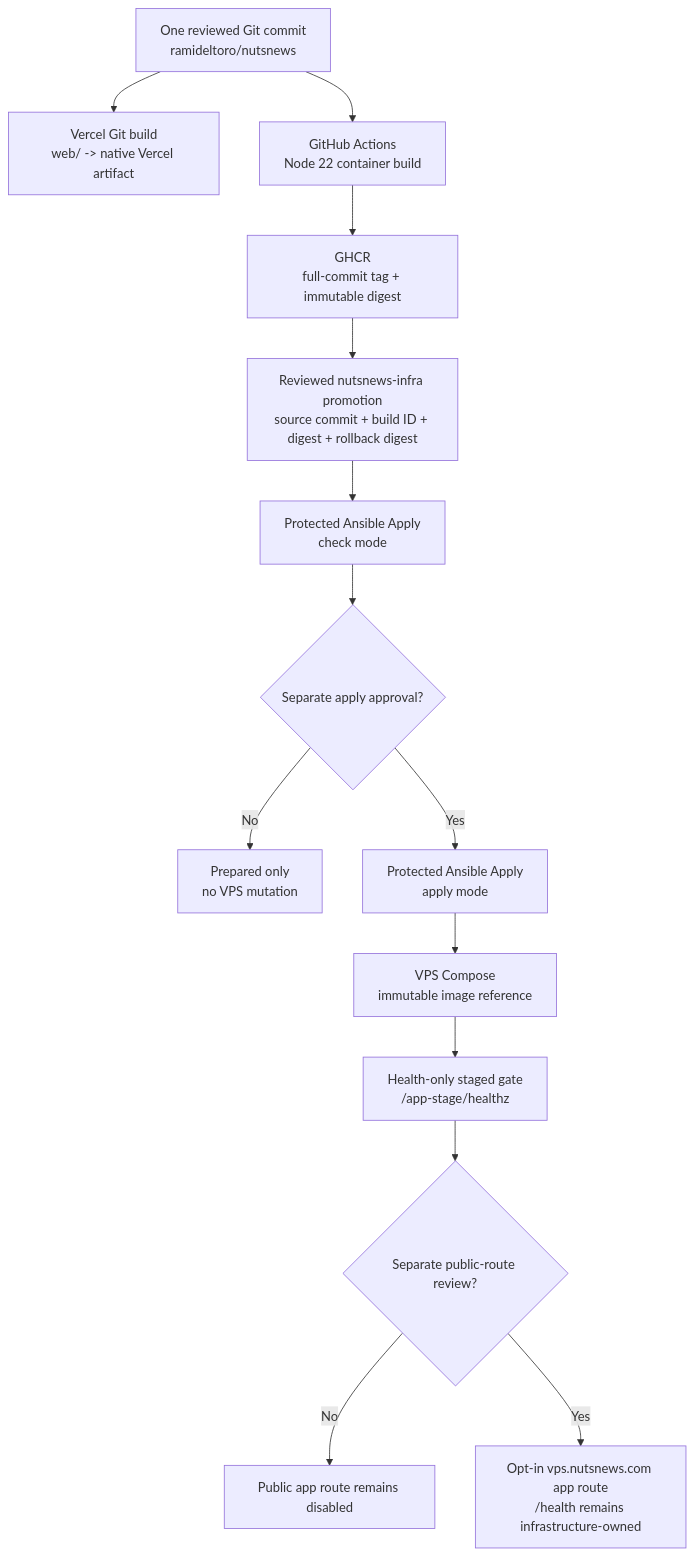
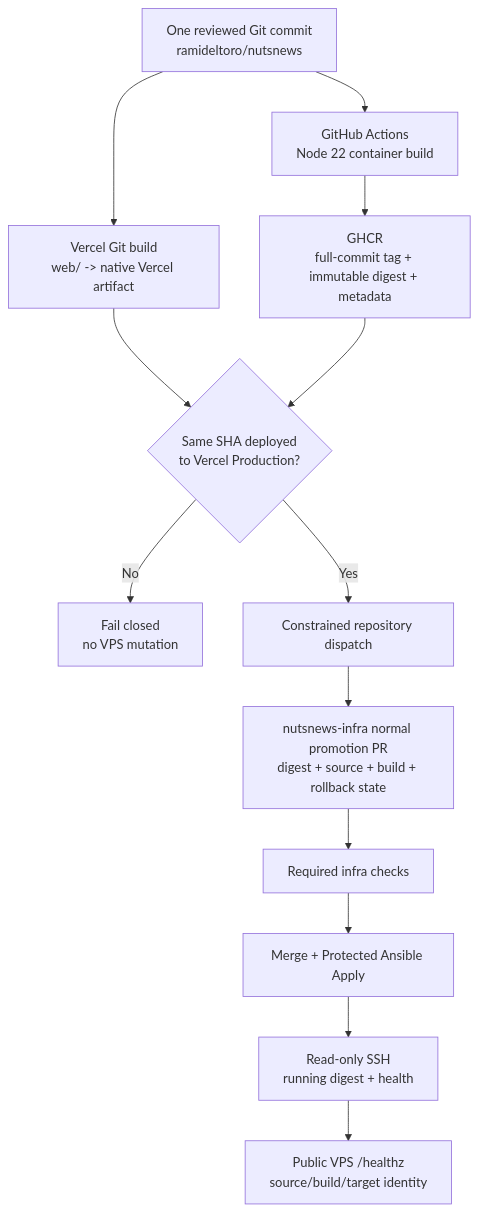
Before and after one commit to ramideltoro/nutsnews-docs: the diagram in NUTSNEWS_DUAL_TARGET_WEB_DEPLOYMENT.md, drawn with Mermaid. The commit also changed other lines of this file, not shown here.

Commit message:
docs: document automated dual-target releases

````diff
--- a/NUTSNEWS_DUAL_TARGET_WEB_DEPLOYMENT.md
+++ b/NUTSNEWS_DUAL_TARGET_WEB_DEPLOYMENT.md
@@ -86,17 +98,16 @@
 ```mermaid
 flowchart TD
   commit["One reviewed Git commit\nramideltoro/nutsnews"]
   commit --> vercel["Vercel Git build\nweb/ -> native Vercel artifact"]
   commit --> actions["GitHub Actions\nNode 22 container build"]
-  actions --> ghcr["GHCR\nfull-commit tag + immutable digest"]
-  ghcr --> manifest["Reviewed nutsnews-infra promotion\nsource commit + build ID + digest + rollback digest"]
-  manifest --> check["Protected Ansible Apply\ncheck mode"]
-  check --> approval{"Separate apply approval?"}
-  approval -- No --> stopped["Prepared only\nno VPS mutation"]
-  approval -- Yes --> apply["Protected Ansible Apply\napply mode"]
-  apply --> vps["VPS Compose\nimmutable image reference"]
-  vps --> stage["Health-only staged gate\n/app-stage/healthz"]
-  stage --> publicApproval{"Separate public-route review?"}
-  publicApproval -- No --> private["Public app route remains disabled"]
-  publicApproval -- Yes --> public["Opt-in vps.nutsnews.com app route\n/health remains infrastructure-owned"]
+  actions --> ghcr["GHCR\nfull-commit tag + immutable digest + metadata"]
+  vercel --> gate{"Same SHA deployed\nto Vercel Production?"}
+  ghcr --> gate
+  gate -- No --> stop["Fail closed\nno VPS mutation"]
+  gate -- Yes --> dispatch["Constrained repository dispatch"]
+  dispatch --> promotion["nutsnews-infra normal promotion PR\ndigest + source + build + rollback state"]
+  promotion --> checks["Required infra checks"]
+  checks --> apply["Merge + Protected Ansible Apply"]
+  apply --> ssh["Read-only SSH\nrunning digest + health"]
+  ssh --> vps["Public VPS /healthz\nsource/build/target identity"]
 ```
````
